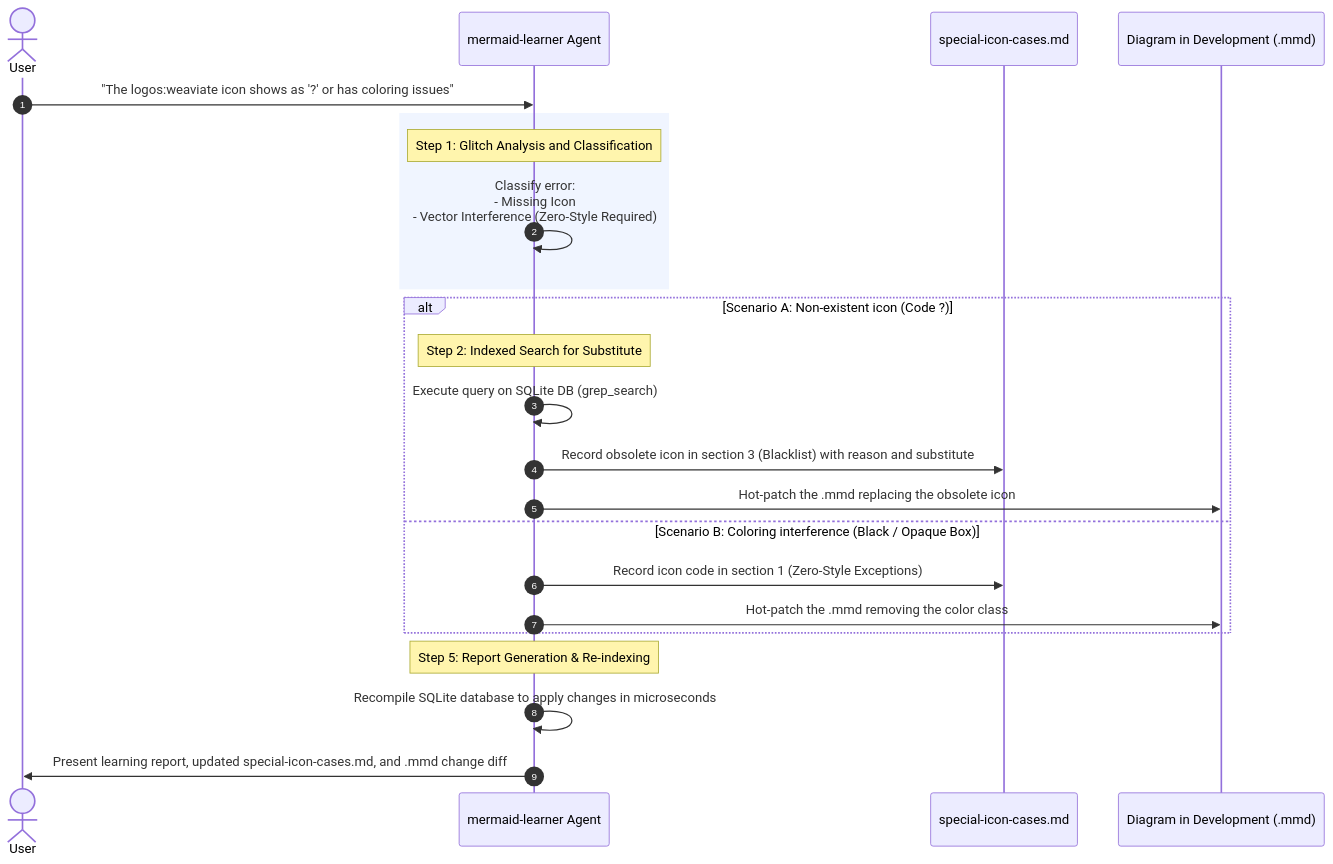
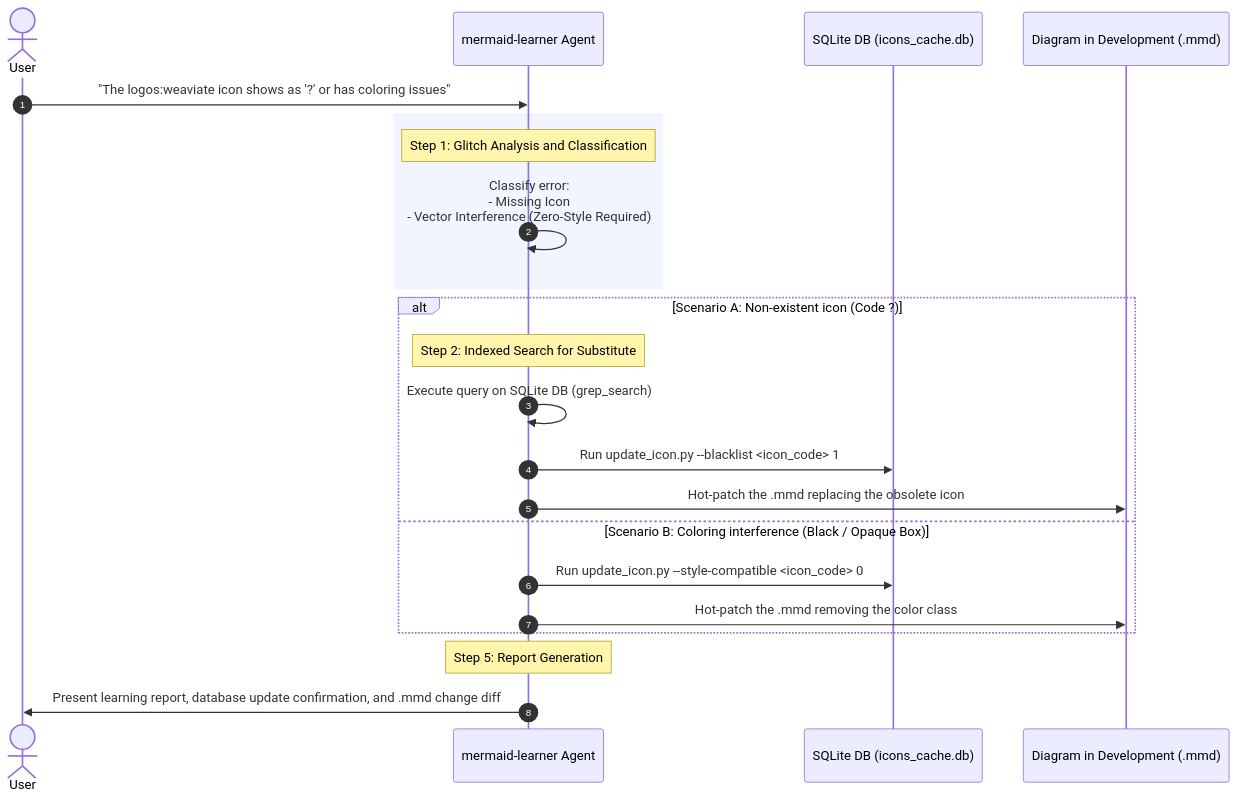
One commit to JuanKRuiz/jk-agy-mermaid changed the diagram in rules/mermaid-learning-loop.md. Above: the diagram before and after it, drawn with Mermaid. The commit also changed other lines of this file and 7 other files, not shown here.

Commit message:
refactor: remove redundant special-icon-cases markdown file and use direct database updates

````diff
--- a/rules/mermaid-learning-loop.md
+++ b/rules/mermaid-learning-loop.md
@@ -11,29 +11,28 @@
 ```mermaid
 sequenceDiagram
     autonumber
     actor User as User
     participant Learner as mermaid-learner Agent
-    participant Config as special-icon-cases.md
+    participant DB as SQLite DB (icons_cache.db)
     participant TargetMMD as Diagram in Development (.mmd)
 
     User->>Learner: "The logos:weaviate icon shows as '?' or has coloring issues"
     
     rect rgb(240, 245, 255)
         note over Learner: Step 1: Glitch Analysis and Classification
         Learner->>Learner: Classify error:<br>- Missing Icon<br>- Vector Interference (Zero-Style Required)
     end
 
     alt Scenario A: Non-existent icon (Code ?)
         note over Learner: Step 2: Indexed Search for Substitute
         Learner->>Learner: Execute query on SQLite DB (grep_search)
-        Learner->>Config: Record obsolete icon in section 3 (Blacklist) with reason and substitute
+        Learner->>DB: Run update_icon.py --blacklist <icon_code> 1
         Learner->>TargetMMD: Hot-patch the .mmd replacing the obsolete icon
     else Scenario B: Coloring interference (Black / Opaque Box)
-        Learner->>Config: Record icon code in section 1 (Zero-Style Exceptions)
+        Learner->>DB: Run update_icon.py --style-compatible <icon_code> 0
         Learner->>TargetMMD: Hot-patch the .mmd removing the color class
     end
 
-    note over Learner: Step 5: Report Generation & Re-indexing
-    Learner->>Learner: Recompile SQLite database to apply changes in microseconds
-    Learner->>User: Present learning report, updated special-icon-cases.md, and .mmd change diff
+    note over Learner: Step 5: Report Generation
+    Learner->>User: Present learning report, database update confirmation, and .mmd change diff
 ```
````
